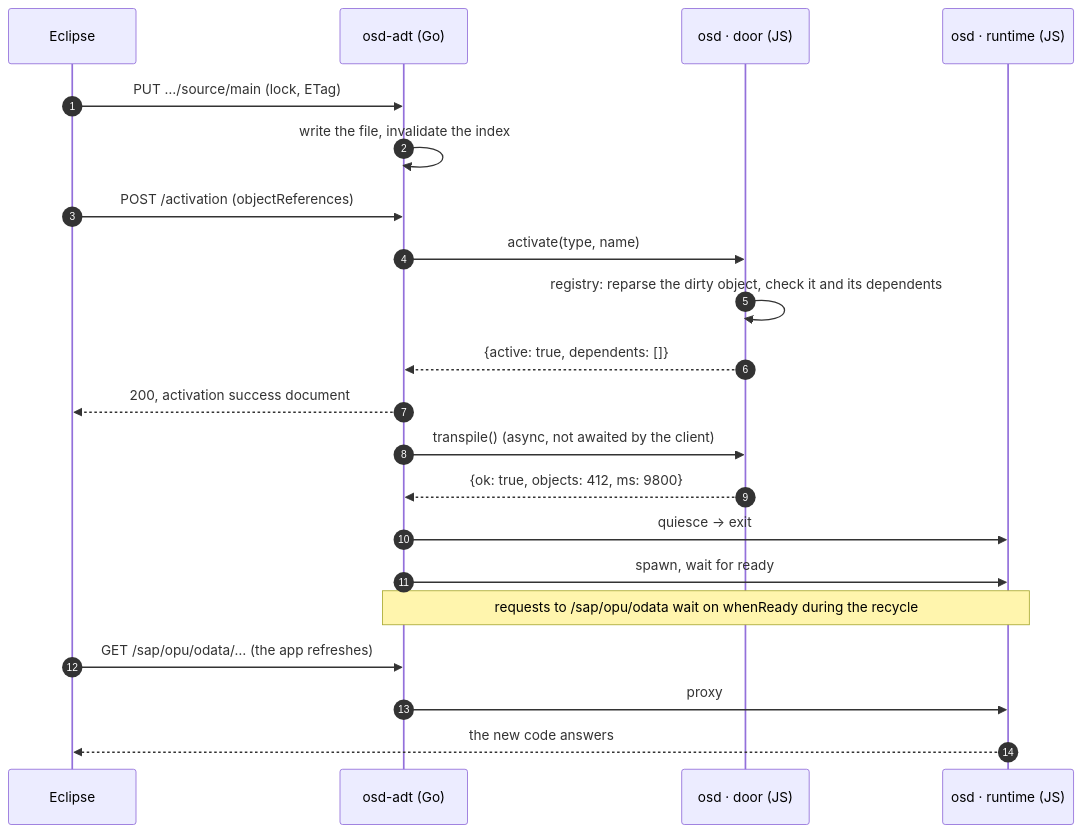
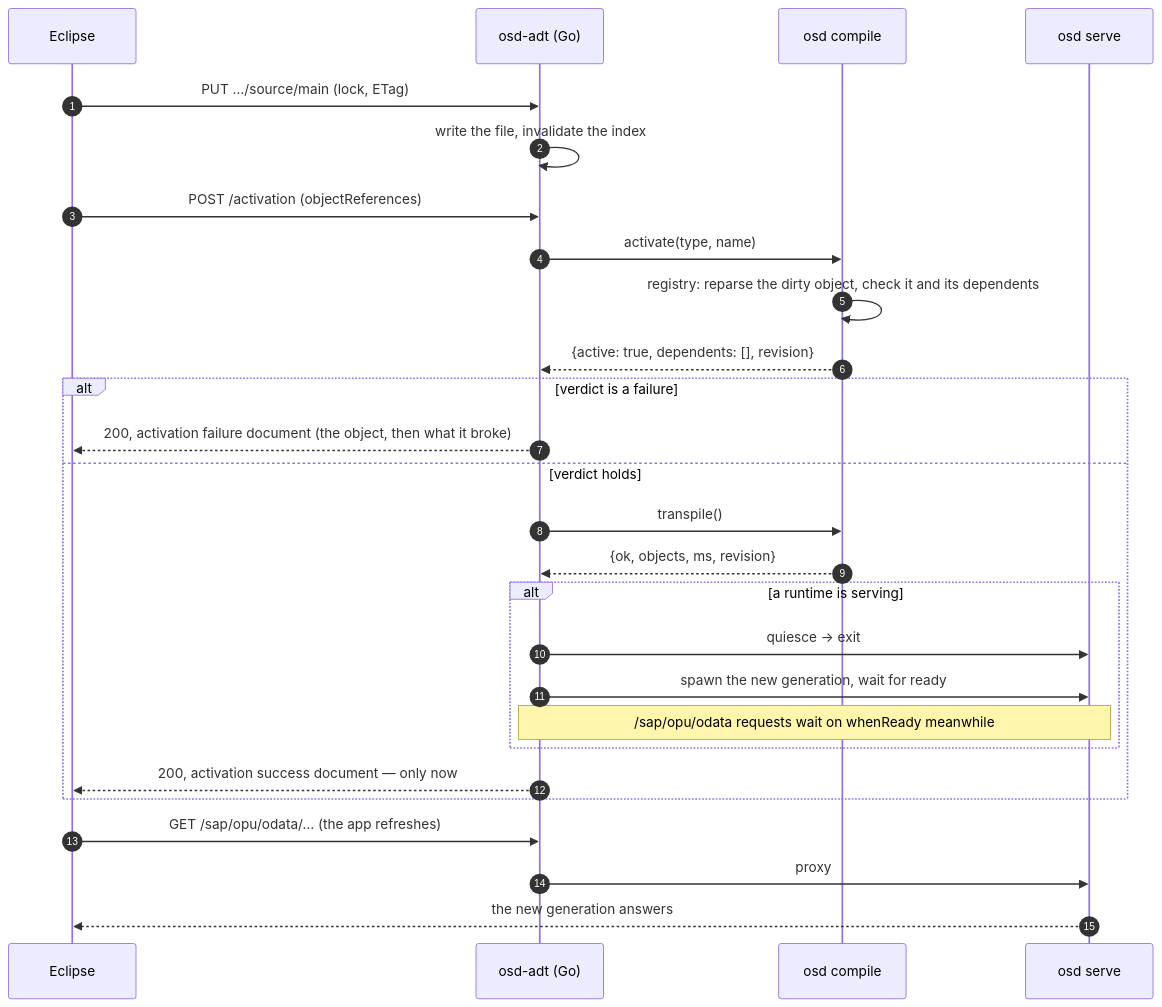
One commit to oisee/open-steamgate changed the fifth of 6 diagrams in docs/adt-facade-shift-left.md. Above: the diagram before and after it, drawn with Mermaid. The commit also changed other lines of this file and 1 other file, not shown here.

First line of the commit message:
Shift left, revised after review: rows, activation order, three modes

````diff
--- a/docs/adt-facade-shift-left.md
+++ b/docs/adt-facade-shift-left.md
@@ -370,23 +434,29 @@
 ```mermaid
 sequenceDiagram
   autonumber
   participant E as Eclipse
   participant G as osd-adt (Go)
-  participant T as osd · door (JS)
-  participant R as osd · runtime (JS)
+  participant C as osd compile
+  participant R as osd serve
   E->>G: PUT …/source/main (lock, ETag)
   G->>G: write the file, invalidate the index
   E->>G: POST /activation (objectReferences)
-  G->>T: activate(type, name)
-  T->>T: registry: reparse the dirty object, check it and its dependents
-  T-->>G: {active: true, dependents: []}
-  G-->>E: 200, activation success document
-  G->>T: transpile()  (async, not awaited by the client)
-  T-->>G: {ok: true, objects: 412, ms: 9800}
-  G->>R: quiesce → exit
-  G->>R: spawn, wait for ready
-  Note over G,R: requests to /sap/opu/odata wait on whenReady during the recycle
+  G->>C: activate(type, name)
+  C->>C: registry: reparse the dirty object, check it and its dependents
+  C-->>G: {active: true, dependents: [], revision}
+  alt verdict is a failure
+    G-->>E: 200, activation failure document (the object, then what it broke)
+  else verdict holds
+    G->>C: transpile()
+    C-->>G: {ok, objects, ms, revision}
+    alt a runtime is serving
+      G->>R: quiesce → exit
+      G->>R: spawn the new generation, wait for ready
+      Note over G,R: /sap/opu/odata requests wait on whenReady meanwhile
+    end
+    G-->>E: 200, activation success document — only now
+  end
   E->>G: GET /sap/opu/odata/… (the app refreshes)
   G->>R: proxy
-  R-->>E: the new code answers
+  R-->>E: the new generation answers
 ```
````
